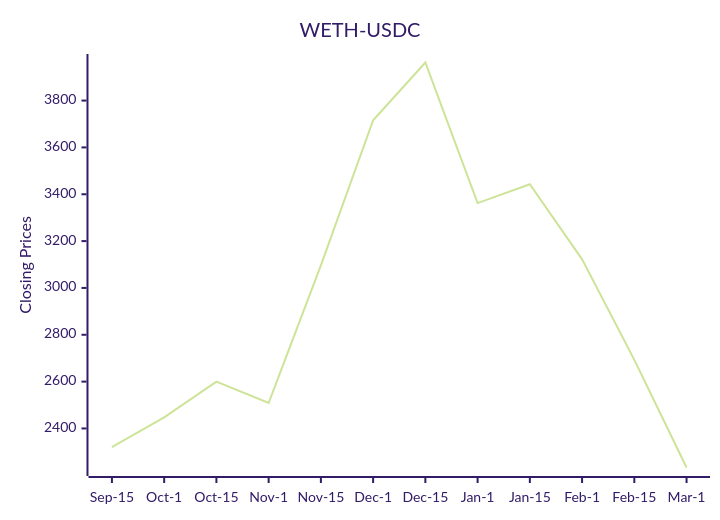
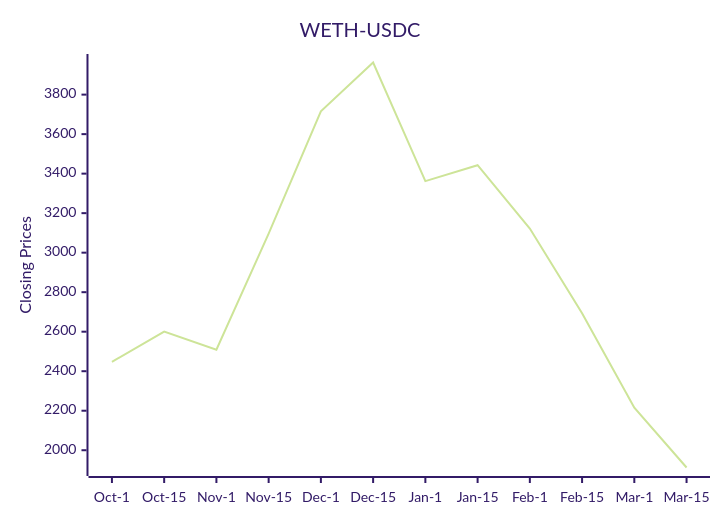
Before and after one commit to bicced/ReadmeCryptoPriceChart: the diagram in README.md, drawn with Mermaid (forest theme).

Commit message:
Update README with latest DEX data

````diff
--- a/README.md
+++ b/README.md
@@ -6,7 +6,7 @@
 ```mermaid
 xychart-beta
   title "WETH-USDC"
-  x-axis [Sep-15,Oct-1,Oct-15,Nov-1,Nov-15,Dec-1,Dec-15,Jan-1,Jan-15,Feb-1,Feb-15,Mar-1]
-  y-axis "Closing Prices" 2233.27 --> 3962.56899349177
-  line [2320.61761915807,2447.67403957906,2600.26757373328,2508.72962693621,3096.49585789669,3715.59825684283,3962.56899349177,3362.281527969,3442.60666821535,3122.15,2693.01,2233.27]
+  x-axis [Oct-1,Oct-15,Nov-1,Nov-15,Dec-1,Dec-15,Jan-1,Jan-15,Feb-1,Feb-15,Mar-1,Mar-15]
+  y-axis "Closing Prices" 1912.59 --> 3962.56899349177
+  line [2447.67403957906,2600.26757373328,2508.72962693621,3096.49585789669,3715.59825684283,3962.56899349177,3362.281527969,3442.60666821535,3122.15,2693.01,2215.45,1912.59]
 ```
````
